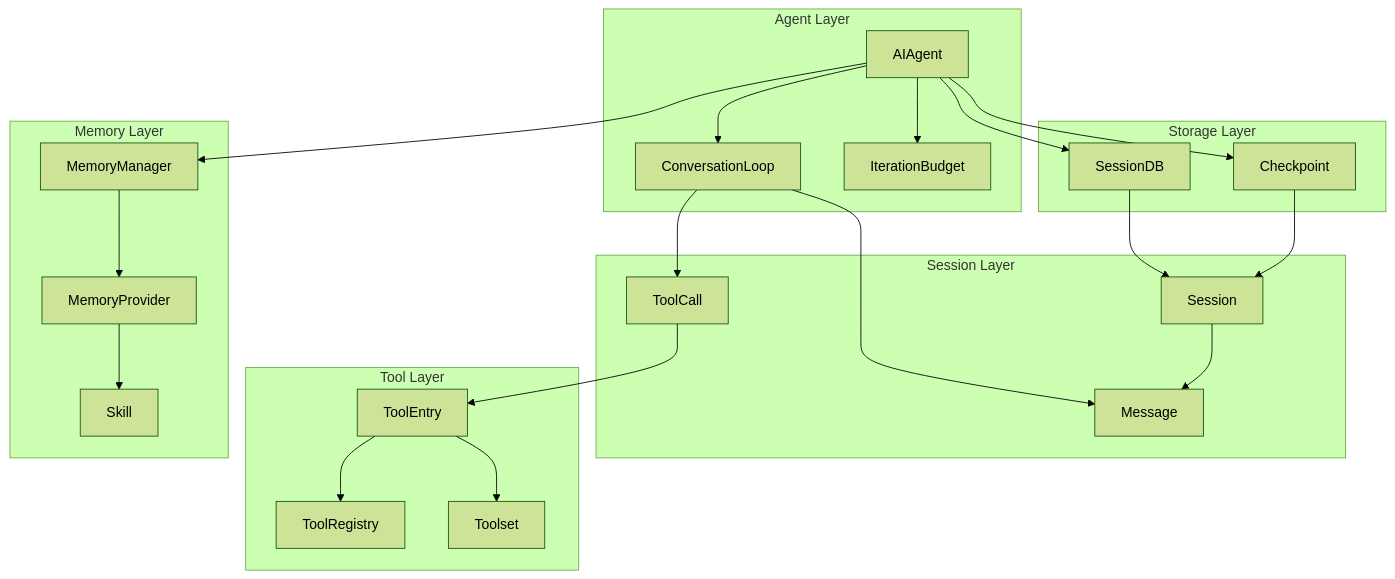
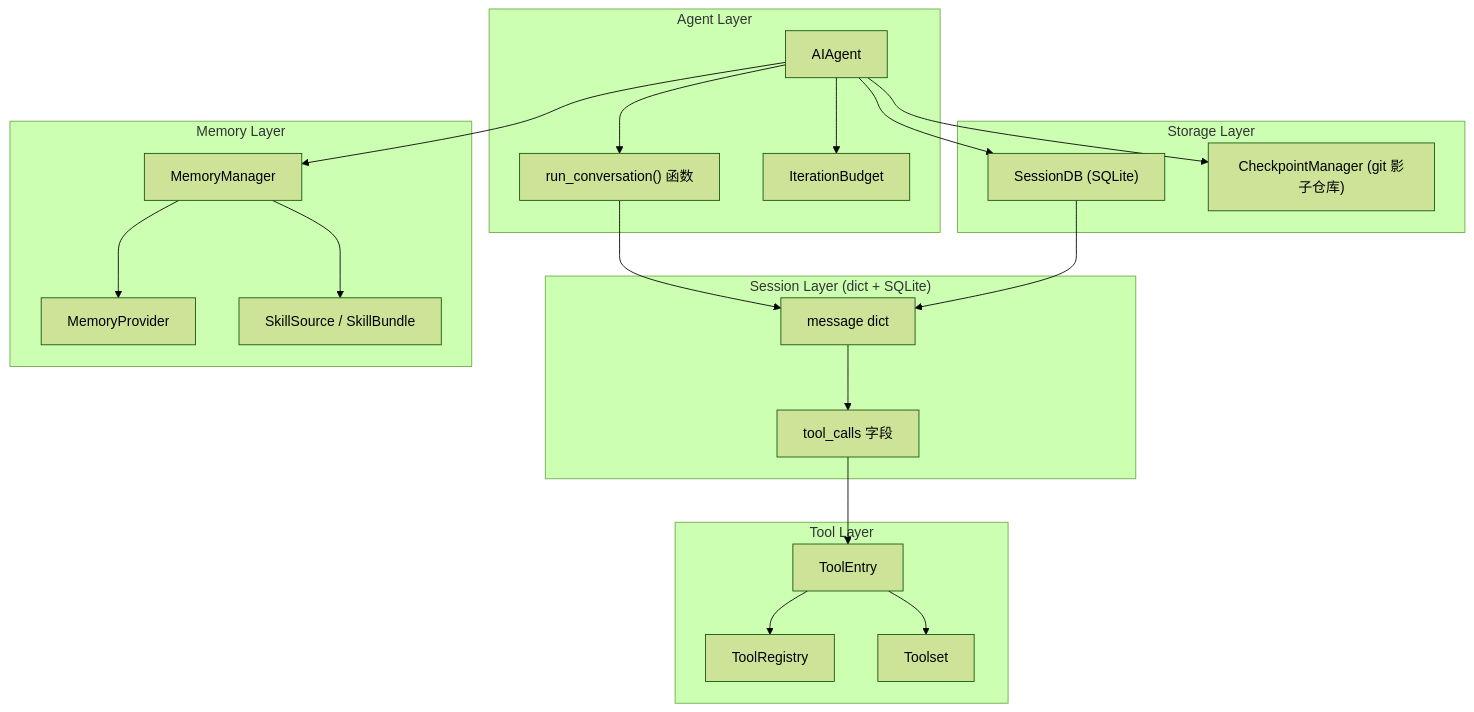
One commit to SpaceX-mit/hermes-agent-handbook changed the third of 3 diagrams in docs/architecture-analysis/03-核心对象模型分析.md. Above: the diagram before and after it, drawn with Mermaid (forest theme). The commit also changed other lines of this file and 15 other files, not shown here.

First line of the commit message:
fix(analysis): ground architecture docs in real source code

````diff
--- a/docs/architecture-analysis/03-核心对象模型分析.md
+++ b/docs/architecture-analysis/03-核心对象模型分析.md
@@ -165,52 +140,49 @@
 ```mermaid
 graph TB
     subgraph "Agent Layer"
         AGENT["AIAgent"]
-        LOOP["ConversationLoop"]
+        LOOP["run_conversation() 函数"]
         BUDGET["IterationBudget"]
     end
 
-    subgraph "Session Layer"
-        SESSION["Session"]
-        MESSAGE["Message"]
-        TOOL_CALL["ToolCall"]
+    subgraph "Session Layer (dict + SQLite)"
+        MESSAGE["message dict"]
+        TOOLCALL["tool_calls 字段"]
     end
 
     subgraph "Tool Layer"
         REGISTRY["ToolRegistry"]
         TOOL["ToolEntry"]
         TOOLSET["Toolset"]
     end
 
     subgraph "Memory Layer"
         MEM_MGR["MemoryManager"]
         MEM_PROV["MemoryProvider"]
-        SKILL["Skill"]
+        SKILL["SkillSource / SkillBundle"]
     end
 
     subgraph "Storage Layer"
-        SESSION_DB["SessionDB"]
-        CHECKPOINT["Checkpoint"]
+        SESSION_DB["SessionDB (SQLite)"]
+        CHECKPOINT["CheckpointManager (git 影子仓库)"]
     end
 
     AGENT --> LOOP
     AGENT --> BUDGET
     AGENT --> SESSION_DB
-    
+
     LOOP --> MESSAGE
-    LOOP --> TOOL_CALL
-    
-    SESSION_DB --> SESSION
-    SESSION --> MESSAGE
-    
-    TOOL_CALL --> TOOL
+    MESSAGE --> TOOLCALL
+
+    SESSION_DB --> MESSAGE
+
+    TOOLCALL --> TOOL
     TOOL --> REGISTRY
     TOOL --> TOOLSET
-    
+
     AGENT --> MEM_MGR
     MEM_MGR --> MEM_PROV
-    MEM_PROV --> SKILL
-    
+    MEM_MGR --> SKILL
+
     AGENT --> CHECKPOINT
-    CHECKPOINT --> SESSION
 ```
````
